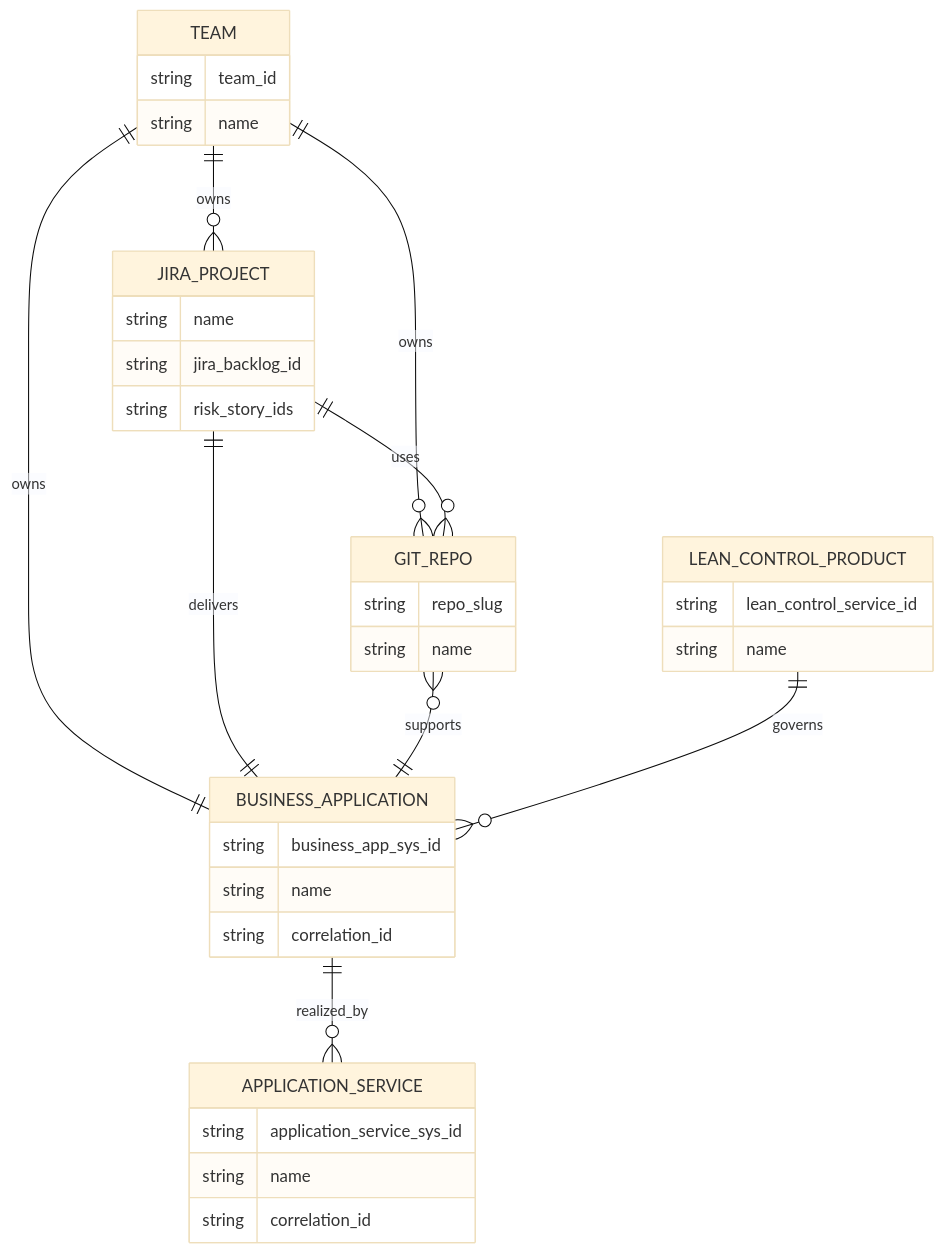
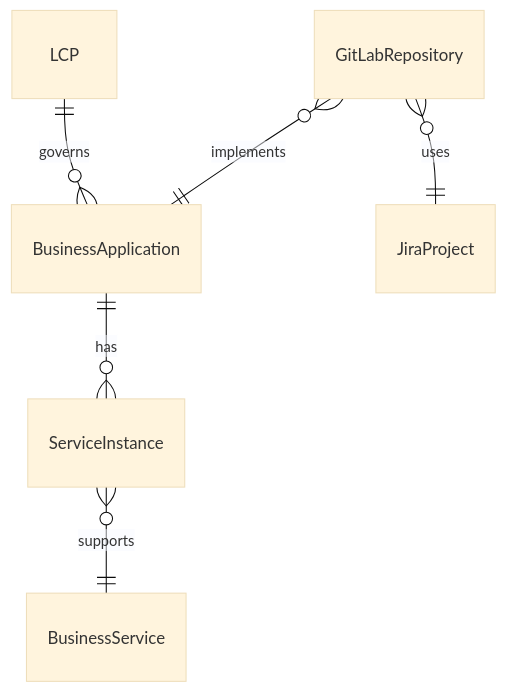
The diagram in model.mmd (kingfadzi/lct_data), drawn with Mermaid (base theme) before and after one commit. The commit also changed 1 other file, not shown here.

```diff
--- a/model.mmd
+++ b/model.mmd
@@ -1,44 +1,6 @@
 erDiagram
-    TEAM ||--o{ JIRA_PROJECT : owns
-    TEAM ||--o{ GIT_REPO : owns
-    TEAM ||--|| BUSINESS_APPLICATION : owns
-
-    JIRA_PROJECT ||--o{ GIT_REPO : uses
-    JIRA_PROJECT ||--|| BUSINESS_APPLICATION : delivers
-
-    GIT_REPO }o--|| BUSINESS_APPLICATION : supports
-    BUSINESS_APPLICATION ||--o{ APPLICATION_SERVICE : realized_by
-    LEAN_CONTROL_PRODUCT ||--o{ BUSINESS_APPLICATION : governs
-
-    TEAM {
-        string team_id
-        string name
-    }
-
-    JIRA_PROJECT {
-        string name
-        string jira_backlog_id
-        string risk_story_ids
-    }
-
-    GIT_REPO {
-        string repo_slug
-        string name
-    }
-
-    BUSINESS_APPLICATION {
-        string business_app_sys_id
-        string name
-        string correlation_id
-    }
-
-    APPLICATION_SERVICE {
-        string application_service_sys_id
-        string name
-        string correlation_id
-    }
-
-    LEAN_CONTROL_PRODUCT {
-        string lean_control_service_id
-        string name
-    }
+    LCP ||--o{ BusinessApplication : governs
+    GitLabRepository }o--|| BusinessApplication : implements
+    GitLabRepository }o--|| JiraProject : uses
+    BusinessApplication ||--o{ ServiceInstance : has
+    ServiceInstance }o--|| BusinessService : supports
```
